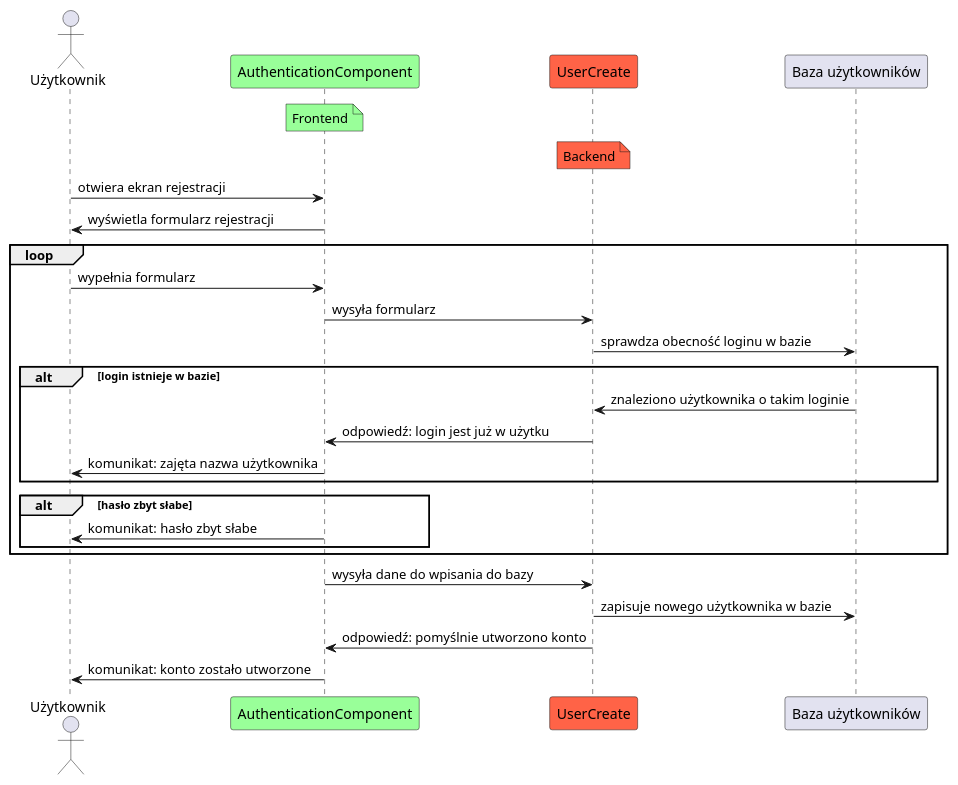
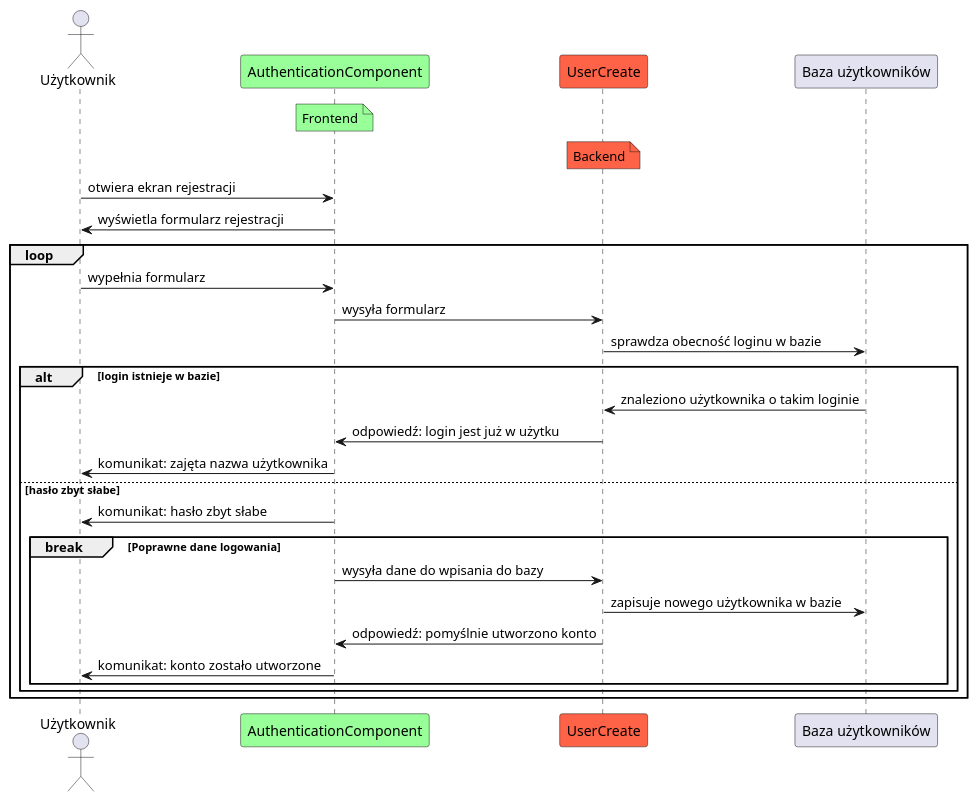
One commit to amelinium23/food-ordering-and-delivering-service changed the diagram in docs/register_sequence.md. Above: the diagram before and after it, drawn with PlantUML. The commit also changed 4 other files, not shown here.

Commit message:
Diagrams fixed!

````diff
--- a/docs/register_sequence.md
+++ b/docs/register_sequence.md
@@ -1,34 +1,36 @@
 ```plantuml
 @startuml authister
 actor Użytkownik as user
 participant "AuthenticationComponent" as auth #99FF99
 participant "UserCreate" as register #FF6347
 participant "Baza użytkowników" as db
 note over auth #99FF99
 Frontend
 end note
 note over register #FF6347
 Backend
 end note
 
 user -> auth : otwiera ekran rejestracji
 user <- auth : wyświetla formularz rejestracji
 loop
     user -> auth : wypełnia formularz
     auth -> register : wysyła formularz
     register -> db : sprawdza obecność loginu w bazie
     alt login istnieje w bazie
         register <- db : znaleziono użytkownika o takim loginie
         auth <- register : odpowiedź: login jest już w użytku
         user <- auth : komunikat: zajęta nazwa użytkownika
+    else hasło zbyt słabe
+         user <- auth : komunikat: hasło zbyt słabe
+    break Poprawne dane logowania
+        auth -> register : wysyła dane do wpisania do bazy
+        register -> db : zapisuje nowego użytkownika w bazie
+        auth <- register : odpowiedź: pomyślnie utworzono konto
+        user <- auth: komunikat: konto zostało utworzone
     end
-    alt hasło zbyt słabe
-        user <- auth : komunikat: hasło zbyt słabe
     end
 end
-auth -> register : wysyła dane do wpisania do bazy
-register -> db : zapisuje nowego użytkownika w bazie
-auth <- register : odpowiedź: pomyślnie utworzono konto
-user <- auth: komunikat: konto zostało utworzone
+
 @enduml
 ```
````
